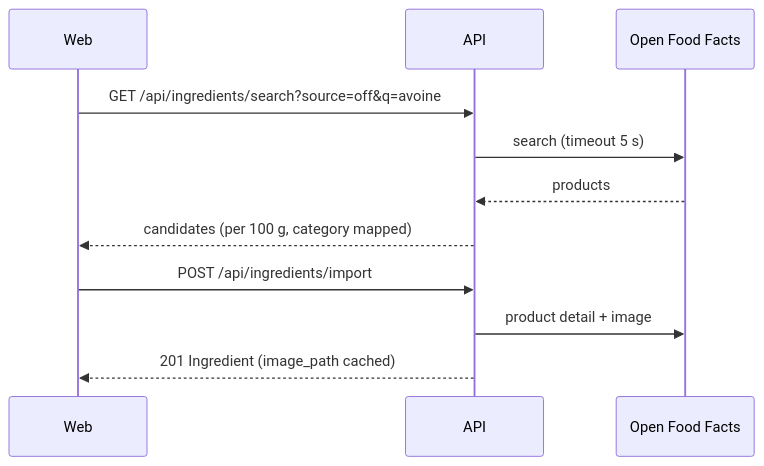
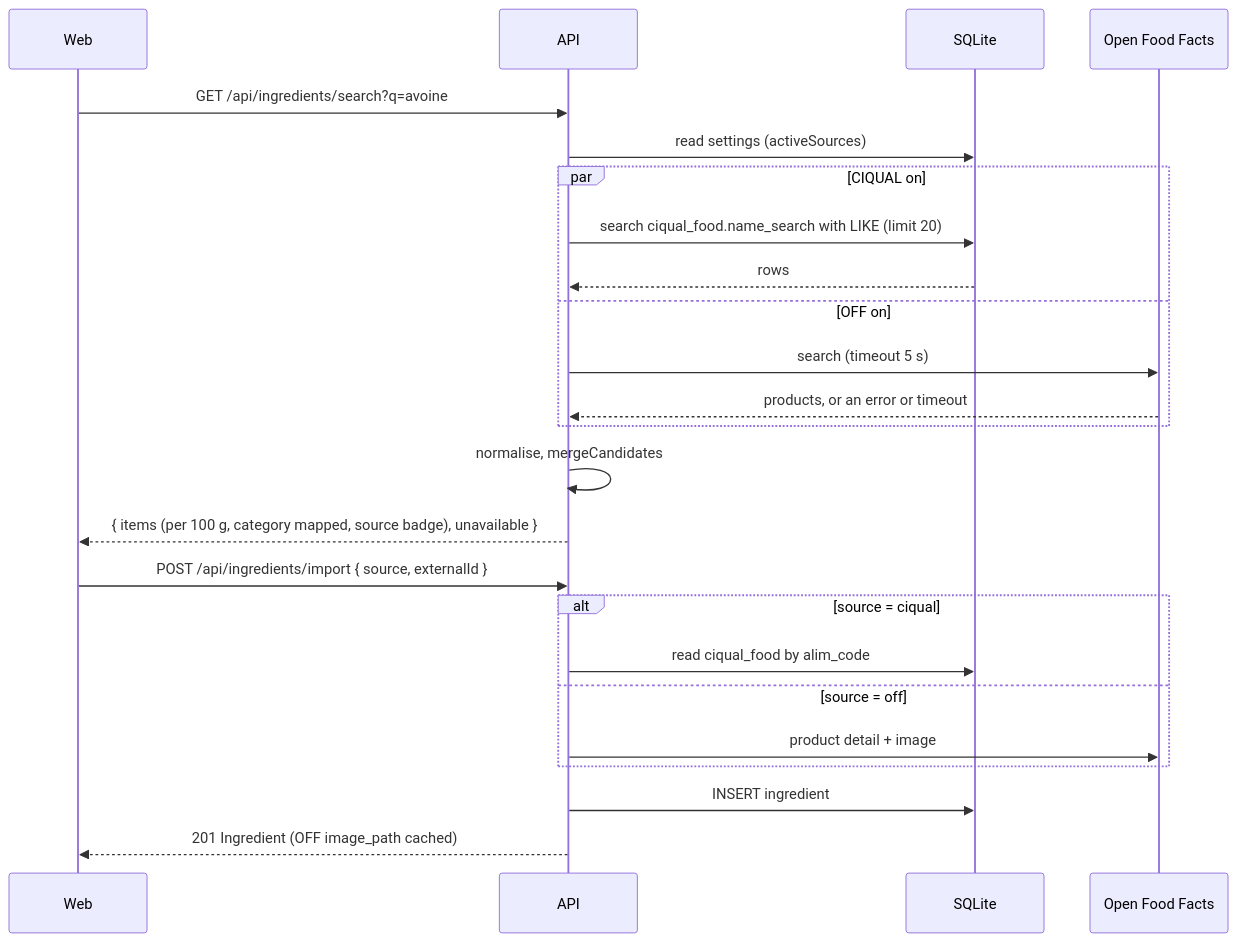
Before and after one commit to micheltsarasoa/nutrigo: the second of 2 diagrams in docs/specs/SPEC-004-today-nutrition-diary.md, drawn with Mermaid. The commit also changed other lines of this file and 5 other files, not shown here.

First line of the commit message:
docs: align architecture, testing and SPEC-004 with ADR-0010 and ADR-0011 (#63)

````diff
--- a/docs/specs/SPEC-004-today-nutrition-diary.md
+++ b/docs/specs/SPEC-004-today-nutrition-diary.md
@@ -78,13 +85,26 @@
 ```mermaid
 sequenceDiagram
     participant W as Web
     participant A as API
+    participant D as SQLite
     participant O as Open Food Facts
-    W->>A: GET /api/ingredients/search?source=off&q=avoine
-    A->>O: search (timeout 5 s)
-    O-->>A: products
-    A-->>W: candidates (per 100 g, category mapped)
-    W->>A: POST /api/ingredients/import
-    A->>O: product detail + image
-    A-->>W: 201 Ingredient (image_path cached)
+    W->>A: GET /api/ingredients/search?q=avoine
+    A->>D: read settings (activeSources)
+    par CIQUAL on
+        A->>D: search ciqual_food.name_search with LIKE (limit 20)
+        D-->>A: rows
+    and OFF on
+        A->>O: search (timeout 5 s)
+        O-->>A: products, or an error or timeout
+    end
+    A->>A: normalise, mergeCandidates
+    A-->>W: { items (per 100 g, category mapped, source badge), unavailable }
+    W->>A: POST /api/ingredients/import { source, externalId }
+    alt source = ciqual
+        A->>D: read ciqual_food by alim_code
+    else source = off
+        A->>O: product detail + image
+    end
+    A->>D: INSERT ingredient
+    A-->>W: 201 Ingredient (OFF image_path cached)
 ```
````
